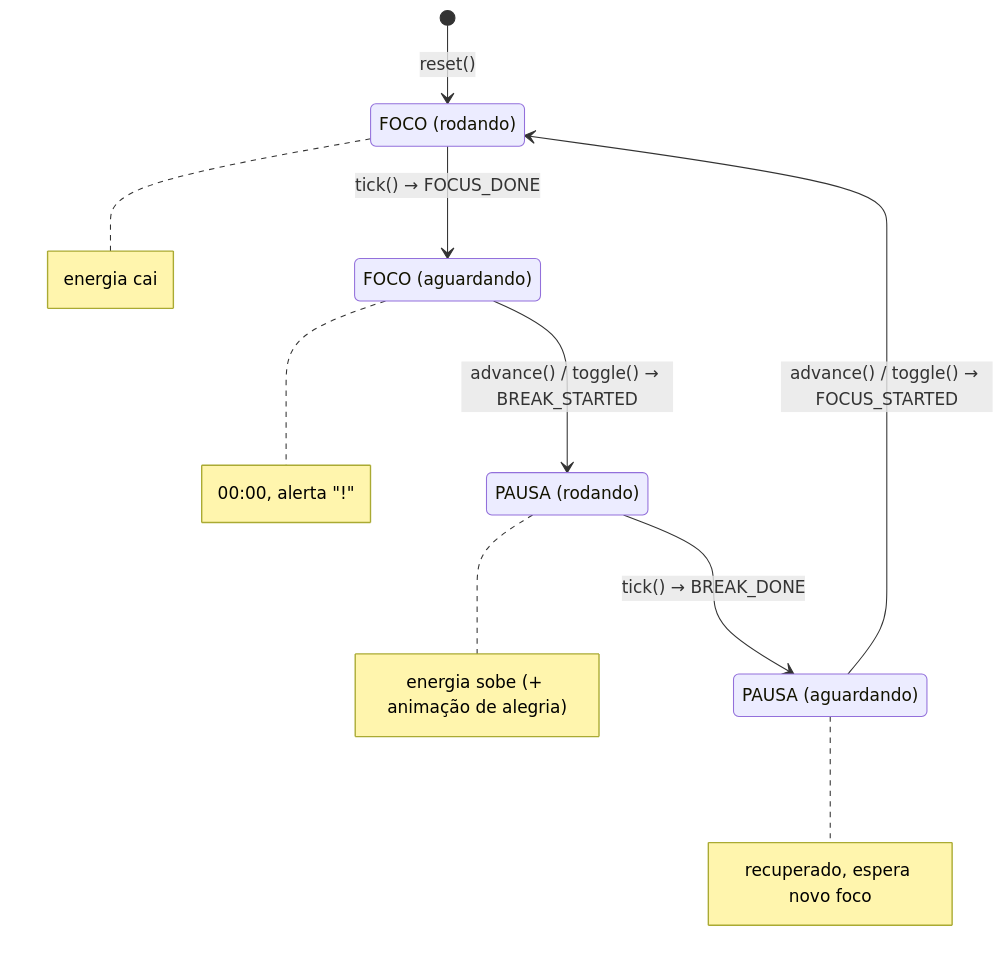
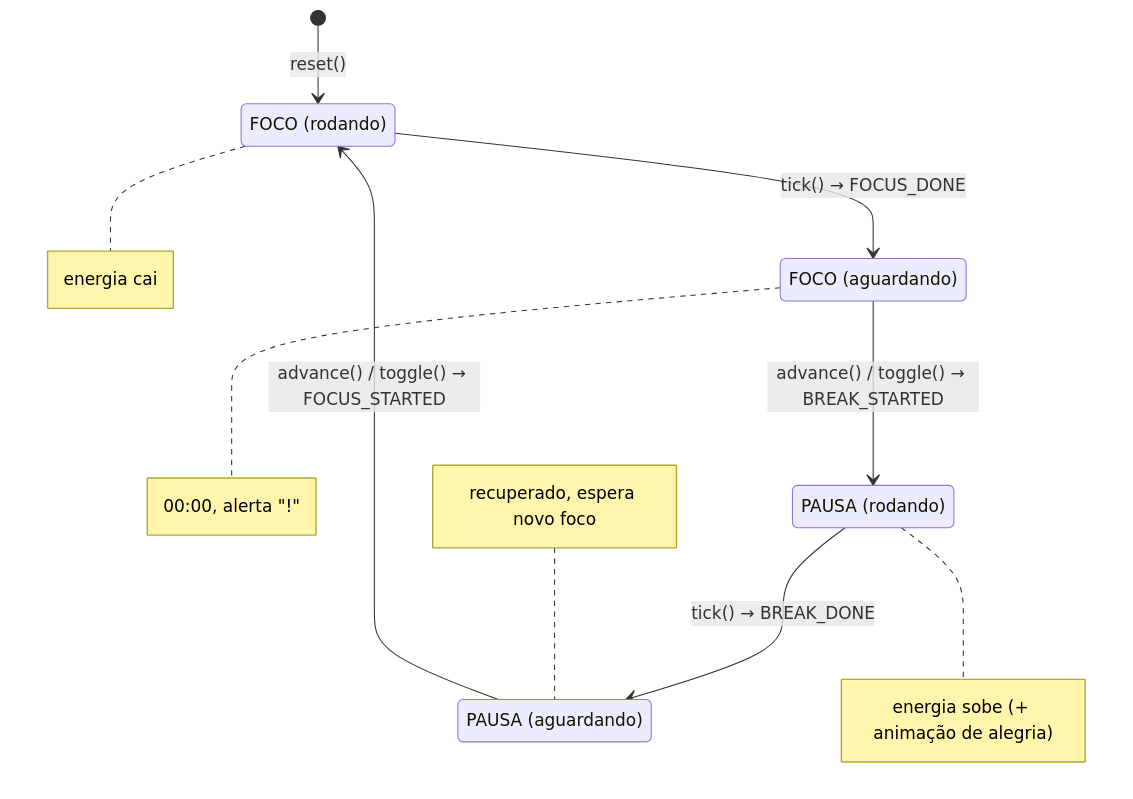
The diagram in README.md (elen-c-sales/pomodoro-diabrete), drawn with Mermaid before and after one commit. The commit also changed other lines of this file and 3 other files, not shown here.

````diff
--- a/README.md
+++ b/README.md
@@ -82,26 +92,26 @@
 ```mermaid
 stateDiagram-v2
     state "FOCO (rodando)" as FOCUS_RUN
     state "FOCO (aguardando)" as FOCUS_AWAIT
     state "PAUSA (rodando)" as BREAK_RUN
     state "PAUSA (aguardando)" as BREAK_AWAIT
 
     [*] --> FOCUS_RUN: reset()
     FOCUS_RUN --> FOCUS_AWAIT: tick() → FOCUS_DONE
     FOCUS_AWAIT --> BREAK_RUN: advance() / toggle() → BREAK_STARTED
     BREAK_RUN --> BREAK_AWAIT: tick() → BREAK_DONE
     BREAK_AWAIT --> FOCUS_RUN: advance() / toggle() → FOCUS_STARTED
 
     note right of FOCUS_RUN
         energia cai
     end note
     note right of FOCUS_AWAIT
         00:00, alerta "!"
     end note
     note right of BREAK_RUN
         energia sobe (+ animação de alegria)
     end note
-    note right of BREAK_AWAIT
+    note left of BREAK_AWAIT
         recuperado, espera novo foco
     end note
 ```
````
